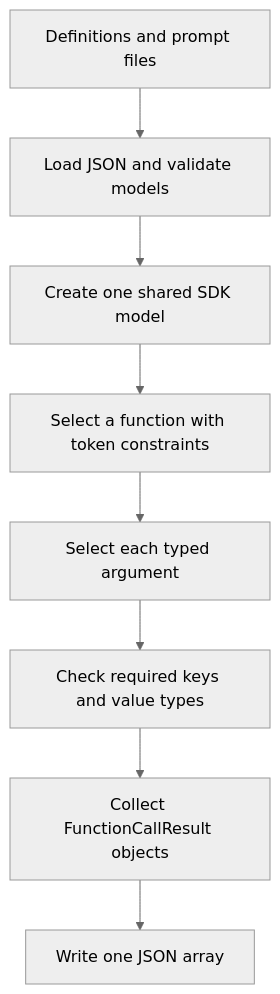
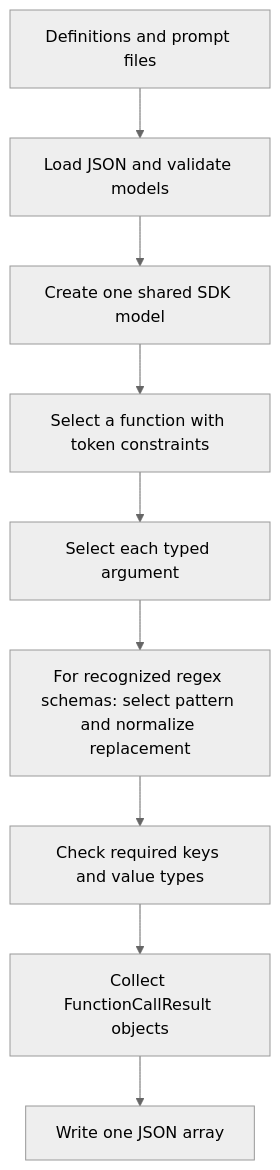
The diagram in README.md (cerkurt/call_me_maybe__42_curriculum), drawn with Mermaid (neutral theme) before and after one commit. The commit also changed other lines of this file and 4 other files, not shown here.

````diff
--- a/README.md
+++ b/README.md
@@ -273,10 +282,11 @@
 ```mermaid
 flowchart TD
     A["Definitions and prompt files"] --> B["Load JSON and validate models"]
     B --> C["Create one shared SDK model"]
     C --> D["Select a function with token constraints"]
     D --> E["Select each typed argument"]
-    E --> F["Check required keys and value types"]
+    E --> R["For recognized regex schemas: select pattern and normalize replacement"]
+    R --> F["Check required keys and value types"]
     F --> G["Collect FunctionCallResult objects"]
     G --> H["Write one JSON array"]
 ```
````
